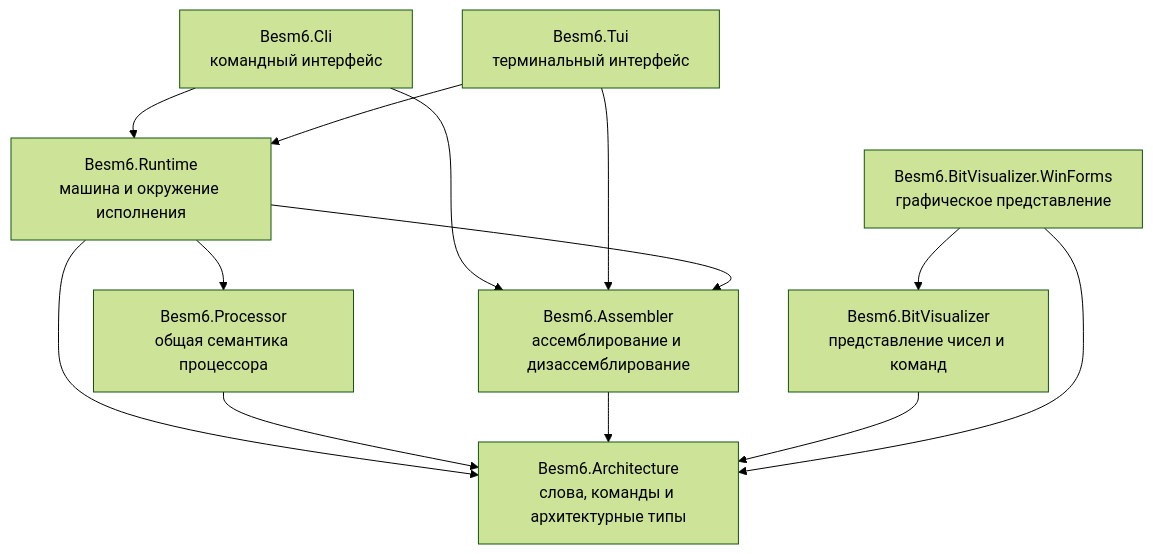
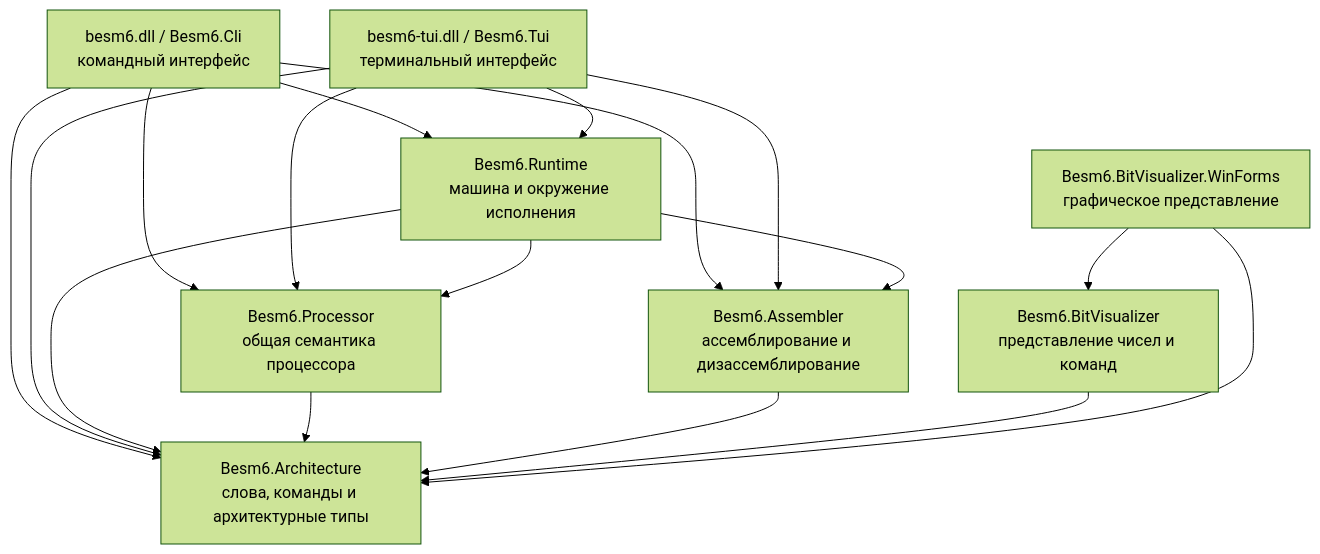
The first of 4 diagrams in ARCHITECTURE.md (EntityFX/besm6.net), drawn with Mermaid (forest theme) before and after one commit. The commit also changed other lines of this file and 3 other files, not shown here.

Commit message:
Validate architecture diagrams and document dependency contracts

````diff
--- a/ARCHITECTURE.md
+++ b/ARCHITECTURE.md
@@ -15,15 +15,19 @@
 ```mermaid
 flowchart TB
-    CLI["Besm6.Cli<br/>командный интерфейс"] --> Runtime["Besm6.Runtime<br/>машина и окружение исполнения"]
+    CLI["besm6.dll / Besm6.Cli<br/>командный интерфейс"] --> Runtime["Besm6.Runtime<br/>машина и окружение исполнения"]
     CLI --> Assembler["Besm6.Assembler<br/>ассемблирование и дизассемблирование"]
-    TUI["Besm6.Tui<br/>терминальный интерфейс"] --> Runtime
+    CLI --> Processor["Besm6.Processor<br/>общая семантика процессора"]
+    CLI --> Architecture["Besm6.Architecture<br/>слова, команды и архитектурные типы"]
+    TUI["besm6-tui.dll / Besm6.Tui<br/>терминальный интерфейс"] --> Runtime
     TUI --> Assembler
-    Runtime --> Processor["Besm6.Processor<br/>общая семантика процессора"]
+    TUI --> Processor
+    TUI --> Architecture
+    Runtime --> Processor
     Runtime --> Assembler
-    Runtime --> Architecture["Besm6.Architecture<br/>слова, команды и архитектурные типы"]
+    Runtime --> Architecture
     Processor --> Architecture
     Assembler --> Architecture
     Visualizer["Besm6.BitVisualizer<br/>представление чисел и команд"] --> Architecture
     Windows["Besm6.BitVisualizer.WinForms<br/>графическое представление"] --> Visualizer
     Windows --> Architecture
 ```
````
